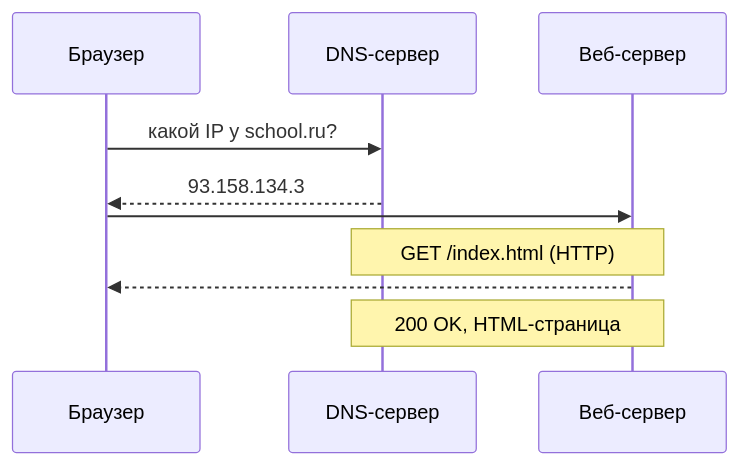
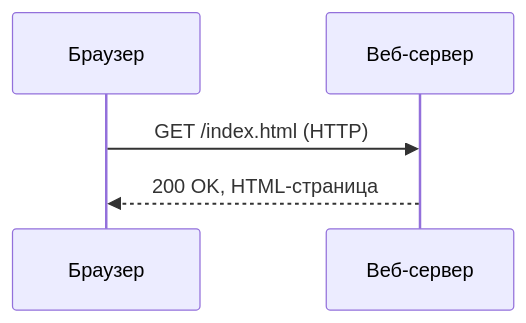
Before and after one commit to kscht/spiridus-docs: the eighth of 11 diagrams in examples/documents/23-informatics.md, drawn with Mermaid. The commit also changed other lines of this file and 56 other files, not shown here.

````diff
--- a/examples/documents/23-informatics.md
+++ b/examples/documents/23-informatics.md
@@ -410,12 +422,7 @@
 ```mermaid
 sequenceDiagram
   participant Б as Браузер
-  participant D as DNS-сервер
   participant W as Веб-сервер
-  Б->>D: какой IP у school.ru?
-  D-->>Б: 93.158.134.3
-  Б->>W: 
-  Note over D,W: GET /index.html (HTTP)
-  W-->>Б: 
-  Note over D,W: 200 OK, HTML-страница
+  Б->>W: GET /index.html (HTTP)
+  W-->>Б: 200 OK, HTML-страница
 ```
````
